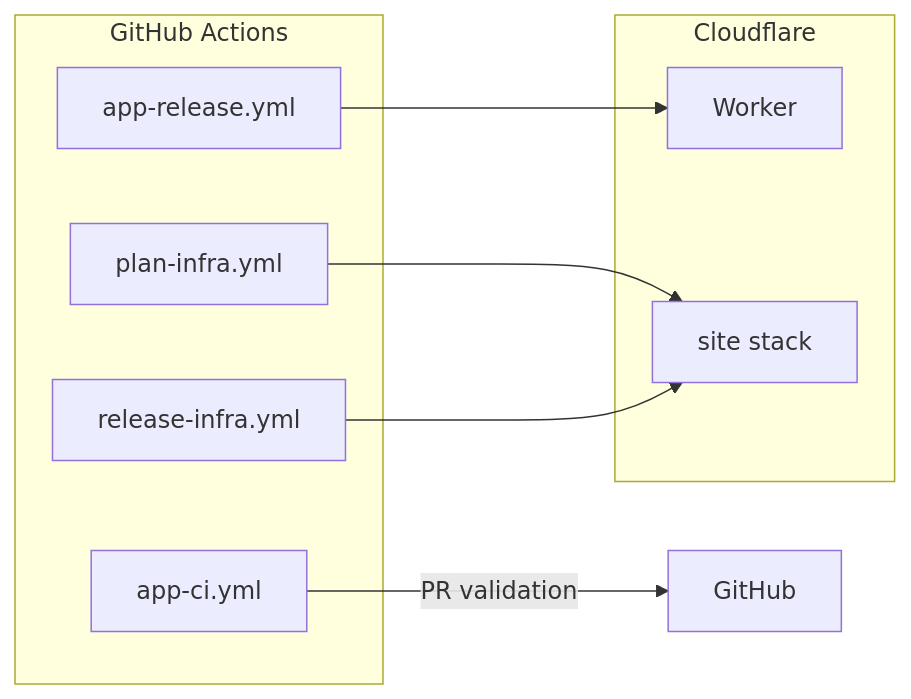
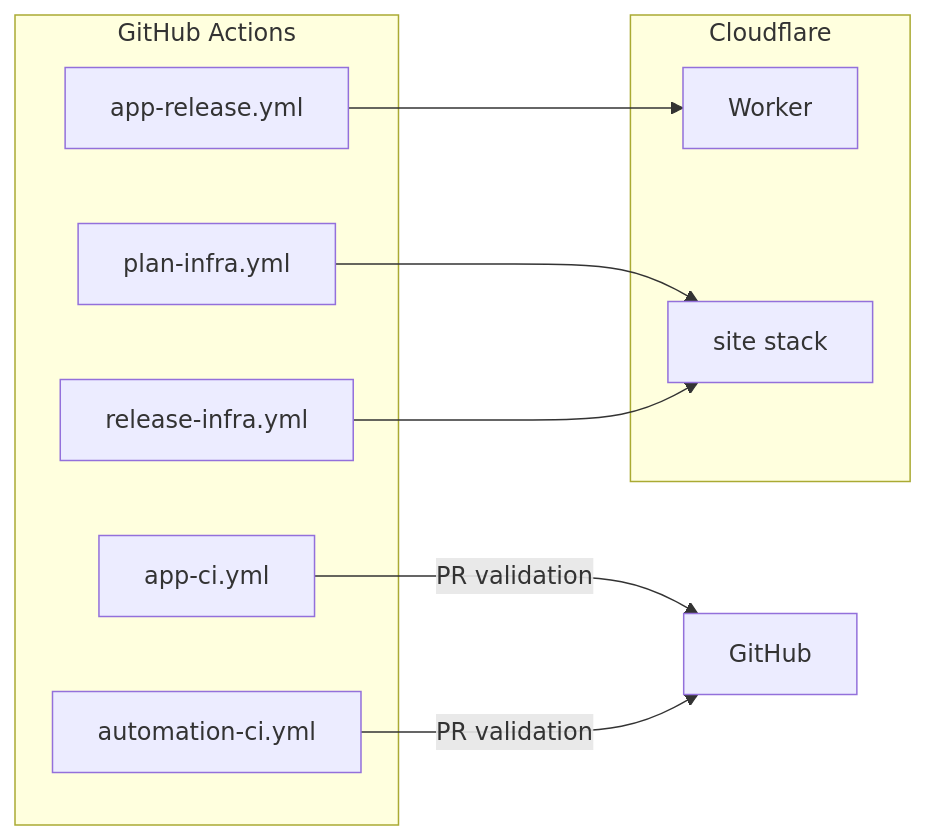
One commit to koborin-ai/site changed the second of 2 diagrams in README.md. Above: the diagram before and after it, drawn with Mermaid. The commit also changed other lines of this file and 2 other files, not shown here.

````diff
--- a/README.md
+++ b/README.md
@@ -52,19 +52,21 @@
 ```mermaid
 flowchart LR
     subgraph Actions["GitHub Actions"]
         planInfra[plan-infra.yml]
         releaseInfra[release-infra.yml]
         appCI[app-ci.yml]
+        automationCI[automation-ci.yml]
         appRelease[app-release.yml]
     end
 
     subgraph Cloudflare["Cloudflare"]
         worker[Worker]
         siteStack[site stack]
     end
 
     planInfra --> siteStack
     releaseInfra --> siteStack
     appCI -->|PR validation| GitHub
+    automationCI -->|PR validation| GitHub
     appRelease --> worker
 ```
````
